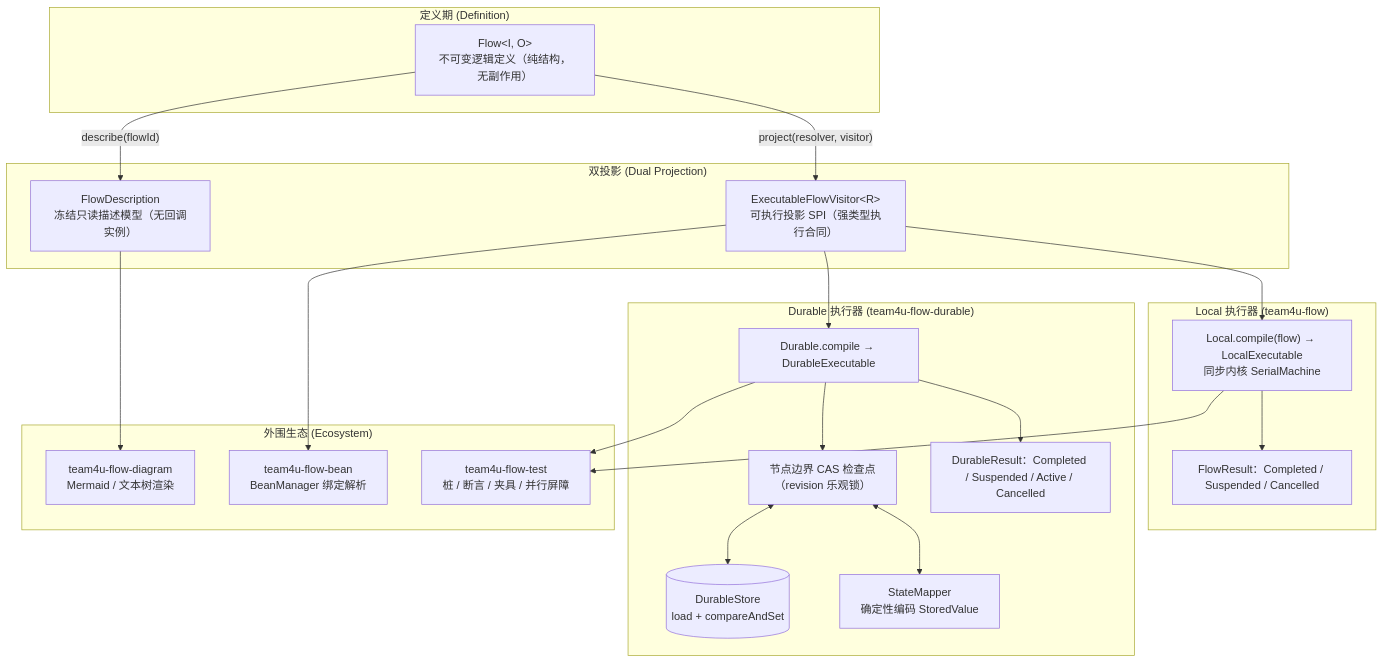
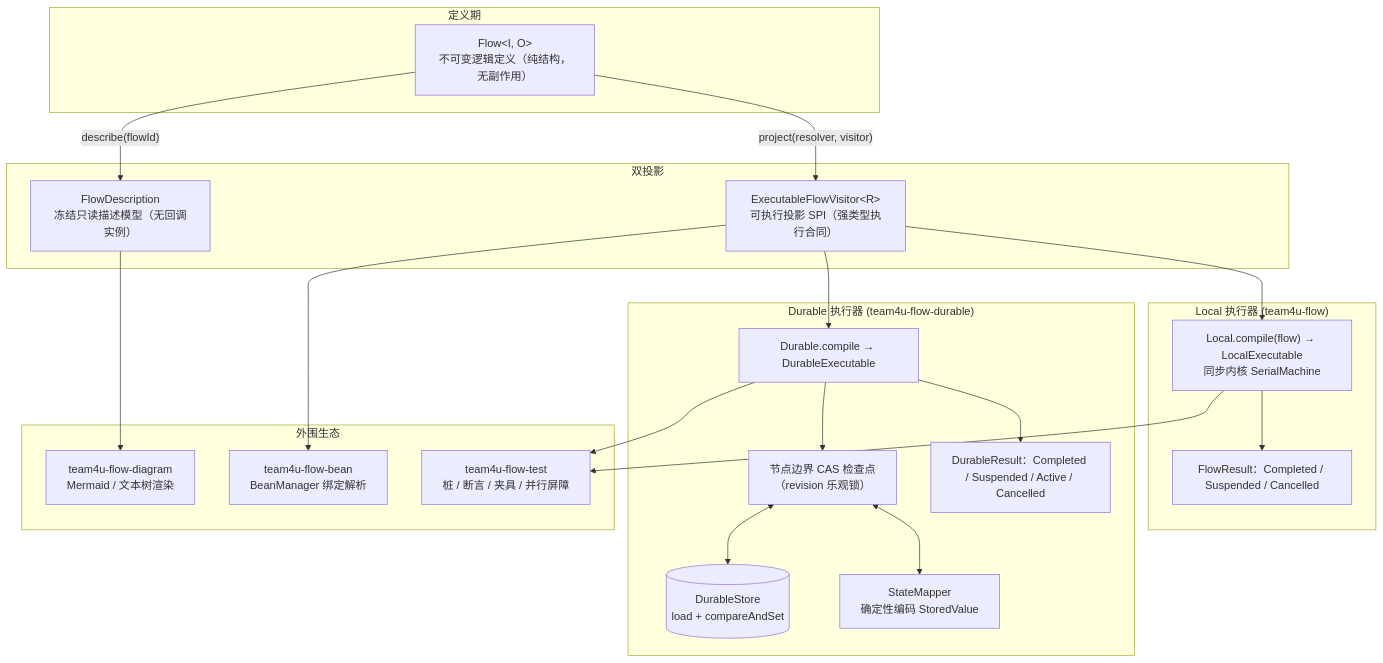
Before and after one commit to team4u/team4u-framework: the diagram in docs/flow/README.md, drawn with Mermaid. The commit also changed other lines of this file and 142 other files, not shown here.

````diff
--- a/docs/flow/README.md
+++ b/docs/flow/README.md
@@ -23,28 +23,28 @@
 ```mermaid
 graph TD
-    subgraph "定义期 (Definition)"
+    subgraph "定义期"
         D["Flow&lt;I, O&gt;<br/>不可变逻辑定义（纯结构，无副作用）"]
     end
 
-    subgraph "双投影 (Dual Projection)"
+    subgraph "双投影"
         D -->|"describe(flowId)"| PD["FlowDescription<br/>冻结只读描述模型（无回调实例）"]
         D -->|"project(resolver, visitor)"| PE["ExecutableFlowVisitor&lt;R&gt;<br/>可执行投影 SPI（强类型执行合同）"]
     end
     subgraph "Local 执行器 (team4u-flow)"
         PE --> L["Local.compile(flow) → LocalExecutable<br/>同步内核 SerialMachine"]
         L --> LR["FlowResult：Completed / Suspended / Cancelled"]
     end
     subgraph "Durable 执行器 (team4u-flow-durable)"
         PE --> DR["Durable.compile → DurableExecutable"]
         DR --> CK["节点边界 CAS 检查点<br/>（revision 乐观锁）"]
         CK <--> DS[("DurableStore<br/>load + compareAndSet")]
         CK <--> SM["StateMapper<br/>确定性编码 StoredValue"]
         DR --> DRR["DurableResult：Completed / Suspended / Active / Cancelled"]
     end
-    subgraph "外围生态 (Ecosystem)"
+    subgraph "外围生态"
         PD --> FG["team4u-flow-diagram<br/>Mermaid / 文本树渲染"]
         PE --> FB["team4u-flow-bean<br/>BeanManager 绑定解析"]
         L --> FT["team4u-flow-test<br/>桩 / 断言 / 夹具 / 并行屏障"]
         DR --> FT
     end
 ```
````
